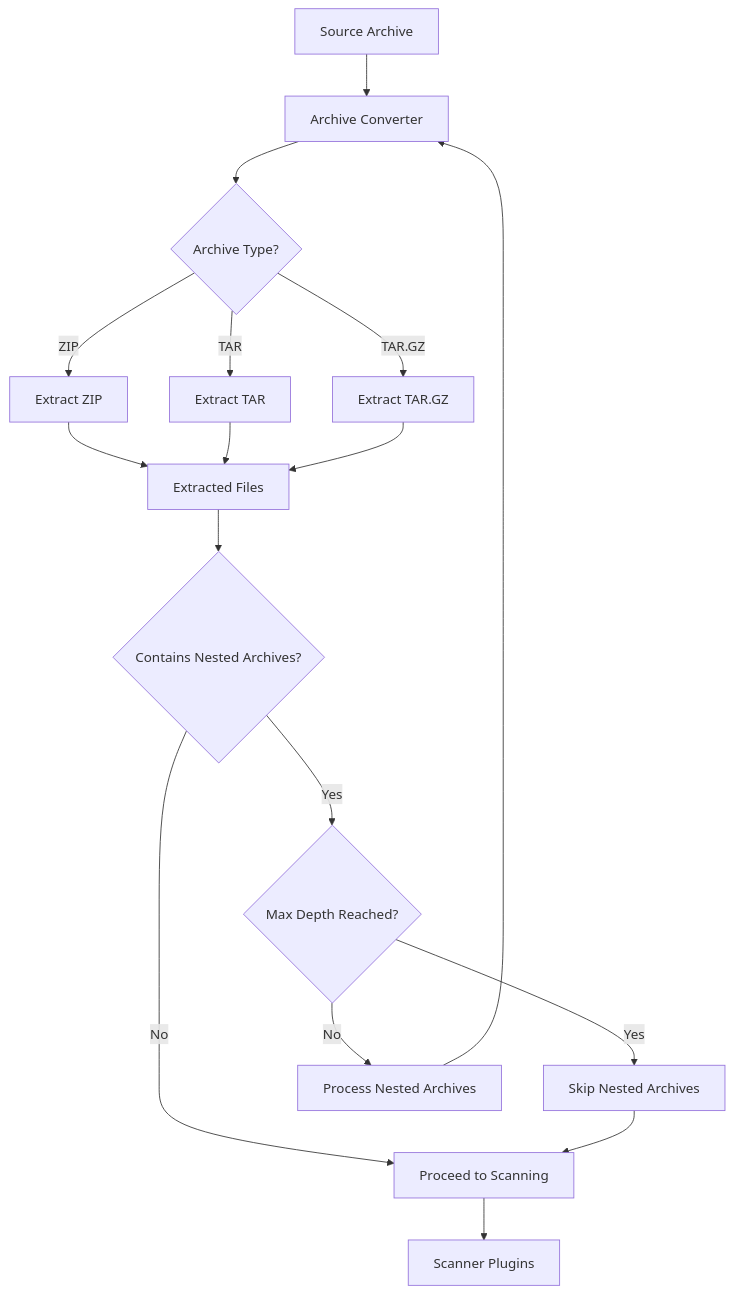
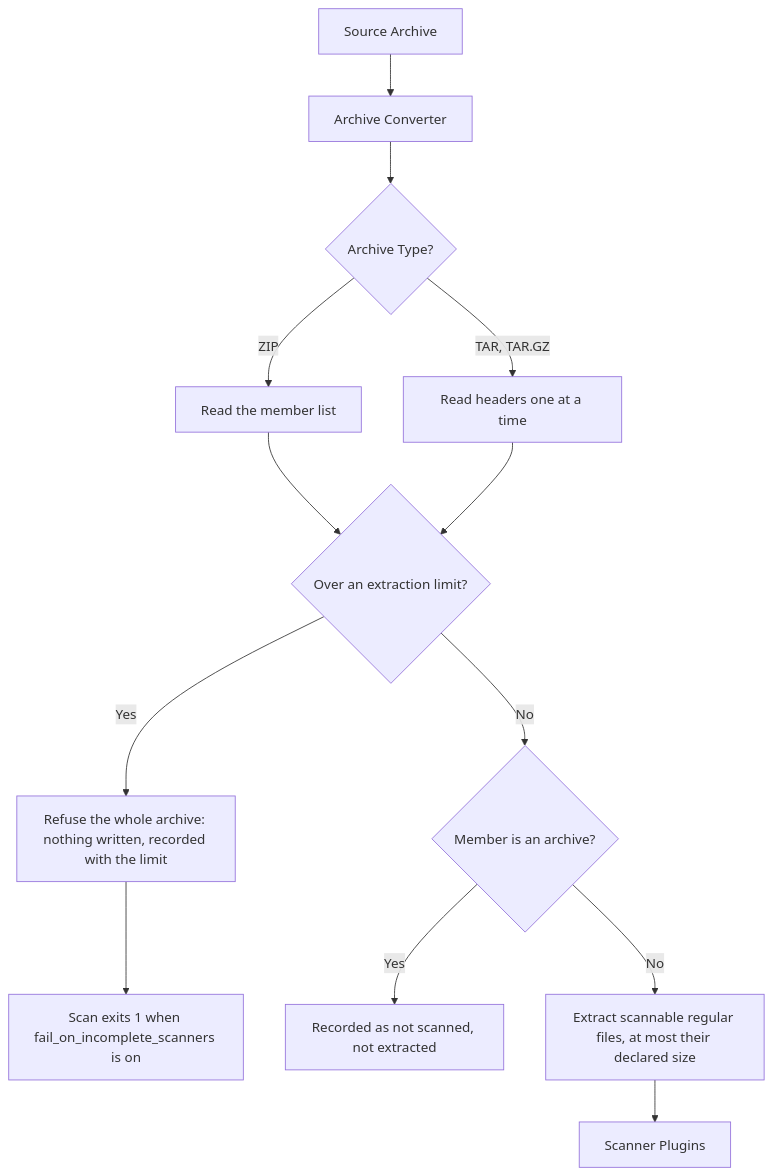
Before and after one commit to awslabs/automated-security-helper: the third of 8 diagrams in docs/content/docs/plugins/builtin/converters-diagrams.md, drawn with Mermaid. The commit also changed other lines of this file and 2834 other files, not shown here.

````diff
--- a/docs/content/docs/plugins/builtin/converters-diagrams.md
+++ b/docs/content/docs/plugins/builtin/converters-diagrams.md
@@ -75,28 +75,22 @@
 ```mermaid
 flowchart TD
     A[Source Archive] --> B[Archive Converter]
 
     B --> C{Archive Type?}
 
-    C -->|ZIP| D[Extract ZIP]
-    C -->|TAR| E[Extract TAR]
-    C -->|TAR.GZ| F[Extract TAR.GZ]
+    C -->|ZIP| D[Read the member list]
+    C -->|TAR, TAR.GZ| E[Read headers one at a time]
 
-    D --> G[Extracted Files]
-    E --> G
-    F --> G
+    D --> F{Over an extraction limit?}
+    E --> F
 
-    G --> H{Contains Nested Archives?}
+    F -->|Yes| G[Refuse the whole archive: nothing written, recorded with the limit]
+    F -->|No| H{Member is an archive?}
 
-    H -->|Yes| I{Max Depth Reached?}
-    H -->|No| J[Proceed to Scanning]
+    G --> N[Scan exits 1 when fail_on_incomplete_scanners is on]
 
-    I -->|Yes| K[Skip Nested Archives]
-    I -->|No| L[Process Nested Archives]
-
-    L --> B
-
-    K --> J
+    H -->|Yes| I[Recorded as not scanned, not extracted]
+    H -->|No| J[Extract scannable regular files, at most their declared size]
 
     J --> M[Scanner Plugins]
 ```
````
